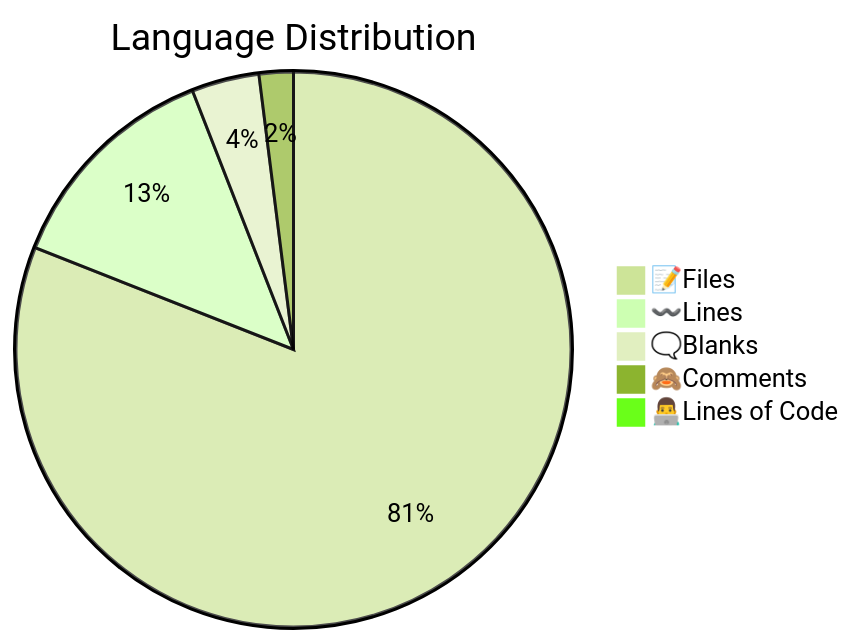
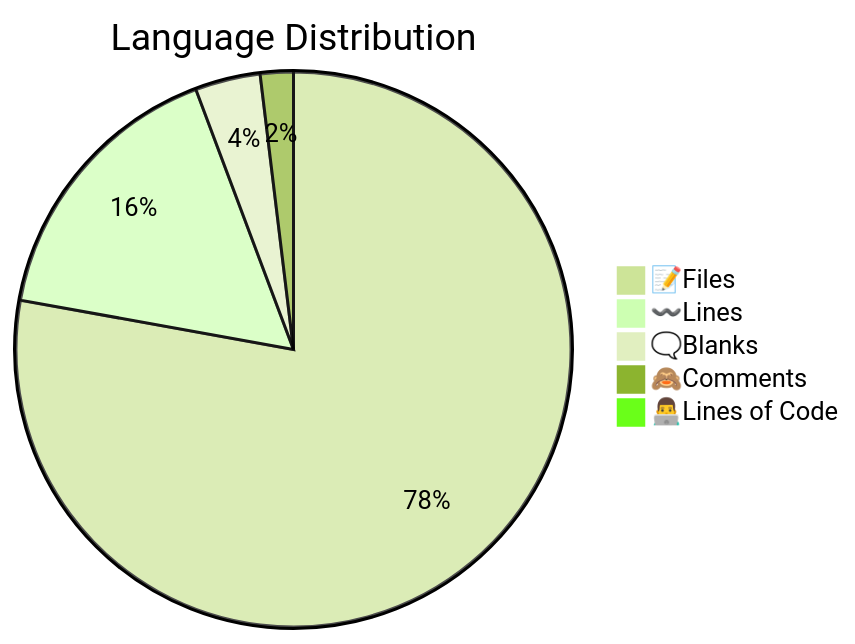
One commit to PyNetic/PyNetic changed the diagram in .github/stats/Code Statistics.md. Above: the diagram before and after it, drawn with Mermaid (forest theme). The commit also changed other lines of this file, not shown here.

````diff
--- a/.github/stats/Code Statistics.md
+++ b/.github/stats/Code Statistics.md
@@ -7,8 +7,8 @@
 ```mermaid  
 pie title Language Distribution  
-    "📝Files" : 1545  
-    "〰️Lines" : 250  
+    "📝Files" : 1539  
+    "〰️Lines" : 325  
     "🗨️Blanks" : 75  
     "🙈Comments" : 38  
-    "👨‍💻Lines of Code" : 4  
+    "👨‍💻Lines of Code" : 8  
 ```  
````
